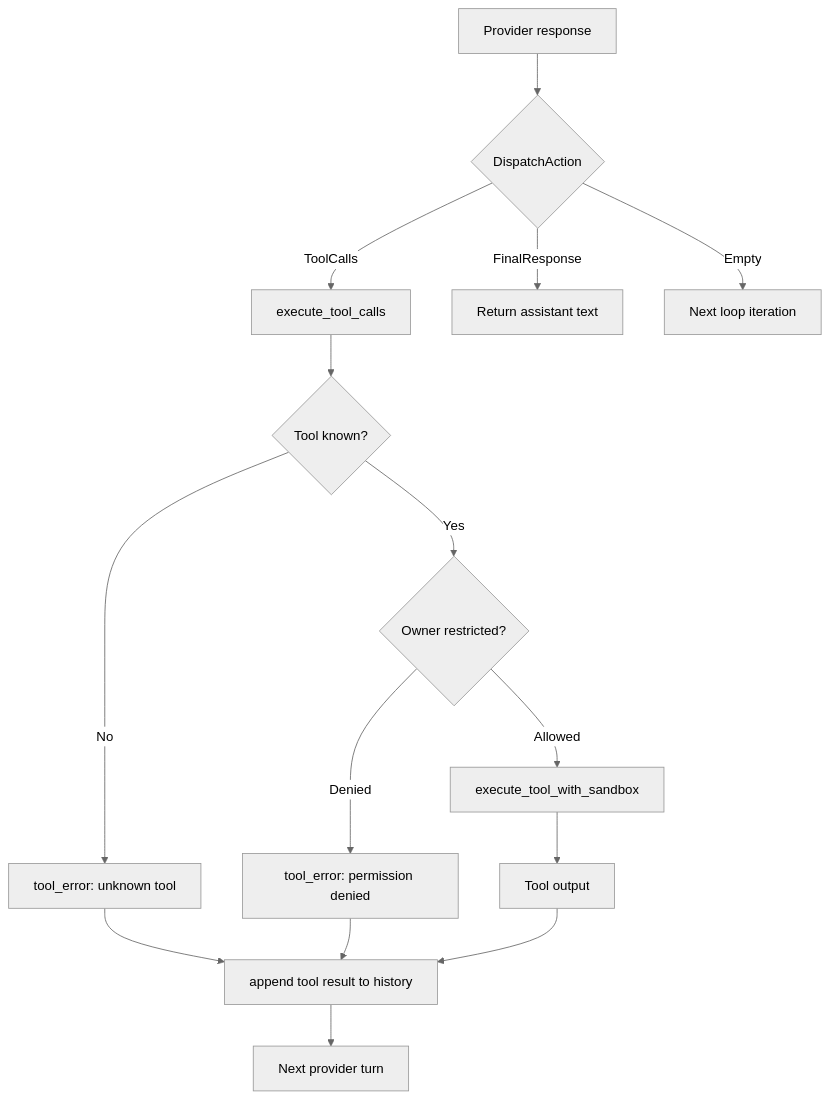
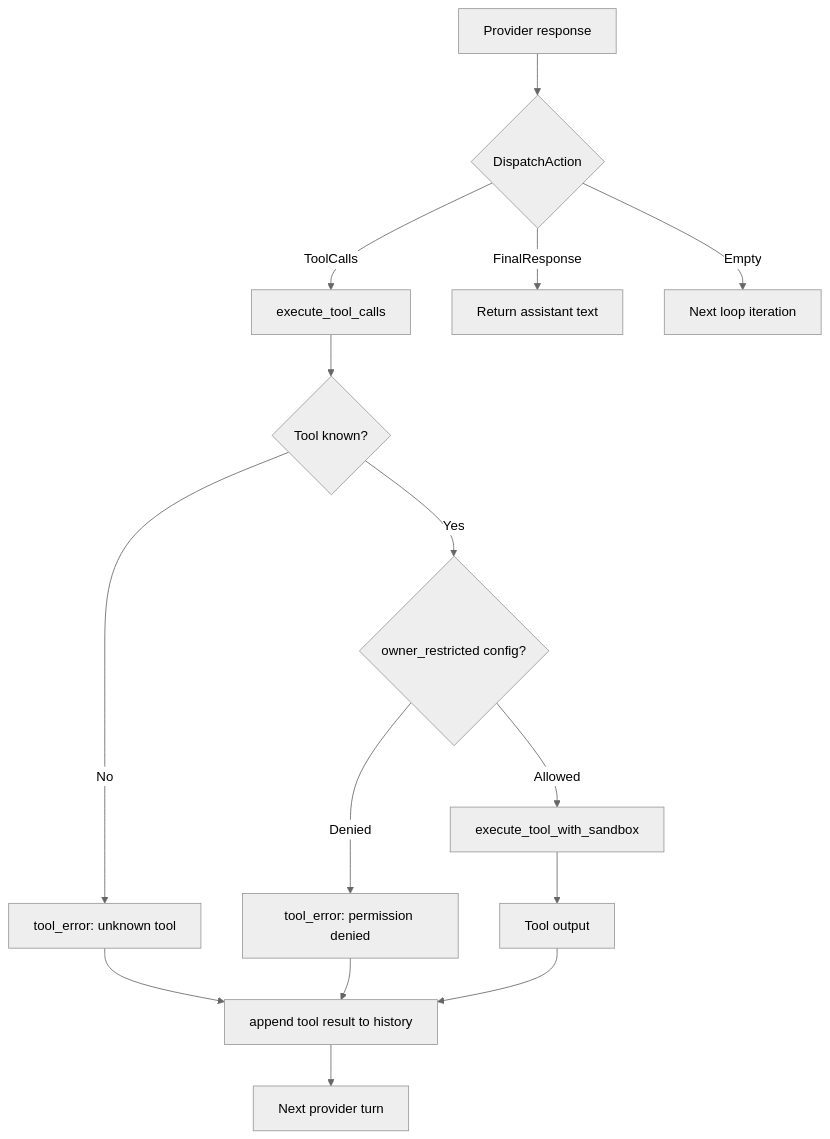
Before and after one commit to Prometheus1400/SimpleClaw: the third of 3 diagrams in README.md, drawn with Mermaid (neutral theme). The commit also changed other lines of this file and 13 other files, not shown here.

Commit message:
feat(tools): make owner restriction config-driven per tool

````diff
--- a/README.md
+++ b/README.md
@@ -166,18 +167,18 @@
 ```mermaid
 flowchart TD
     A["Provider response"] --> B{"DispatchAction"}
     B -->|"ToolCalls"| C["execute_tool_calls"]
     B -->|"FinalResponse"| D["Return assistant text"]
     B -->|"Empty"| E["Next loop iteration"]
 
     C --> F{"Tool known?"}
     F -->|"No"| G["tool_error: unknown tool"]
-    F -->|"Yes"| H{"Owner restricted?"}
+    F -->|"Yes"| H{"owner_restricted config?"}
     H -->|"Denied"| I["tool_error: permission denied"]
     H -->|"Allowed"| J["execute_tool_with_sandbox"]
     J --> K["Tool output"]
     G --> L["append tool result to history"]
     I --> L
     K --> L
     L --> M["Next provider turn"]
 ```
````
